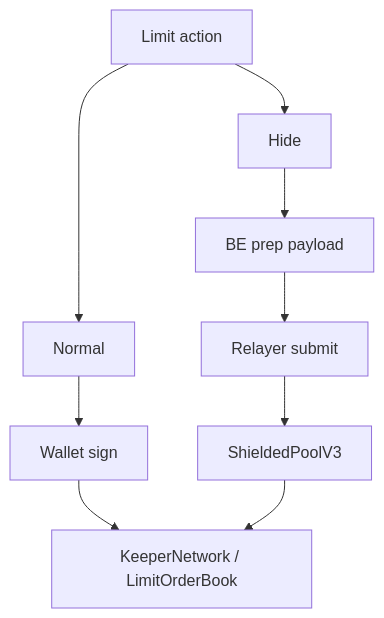
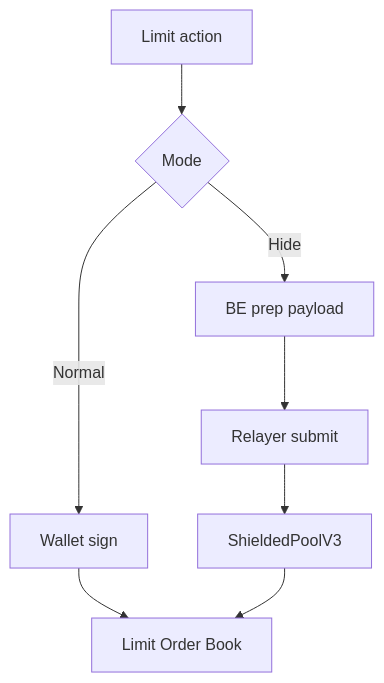
The fourth of 6 diagrams in README.md (ntfound-dev/zkcarel_protocol), drawn with Mermaid before and after one commit. The commit also changed other lines of this file and 1 other file, not shown here.

Commit message:
docs: clarify flow diagram contract naming

````diff
--- a/README.md
+++ b/README.md
@@ -186,12 +189,11 @@
 ```mermaid
 flowchart TD
-  A[Limit action] --> N1[Normal]
-  N1 --> N2[Wallet sign]
-  N2 --> LOB[KeeperNetwork / LimitOrderBook]
+  A[Limit action] --> B{Mode}
+  B -->|Normal| N1[Wallet sign]
+  N1 --> LOB[Limit Order Book]
 
-  A --> H1[Hide]
-  H1 --> H2[BE prep payload]
-  H2 --> H3[Relayer submit]
-  H3 --> H4[ShieldedPoolV3]
-  H4 --> LOB
+  B -->|Hide| H1[BE prep payload]
+  H1 --> H2[Relayer submit]
+  H2 --> H3[ShieldedPoolV3]
+  H3 --> LOB
 ```
````
